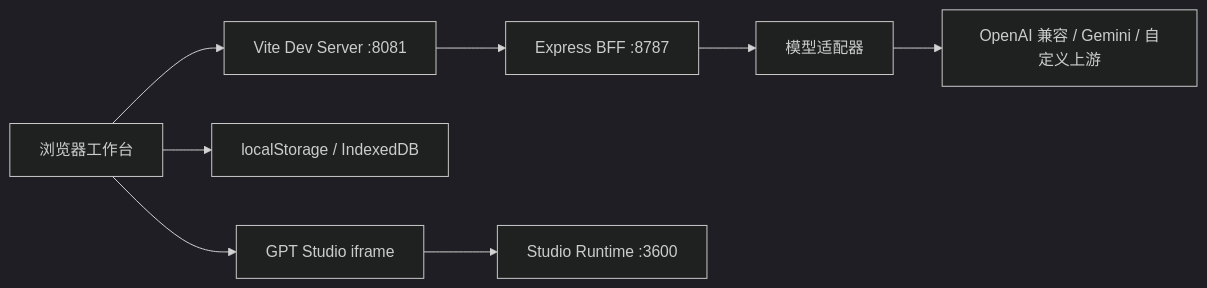
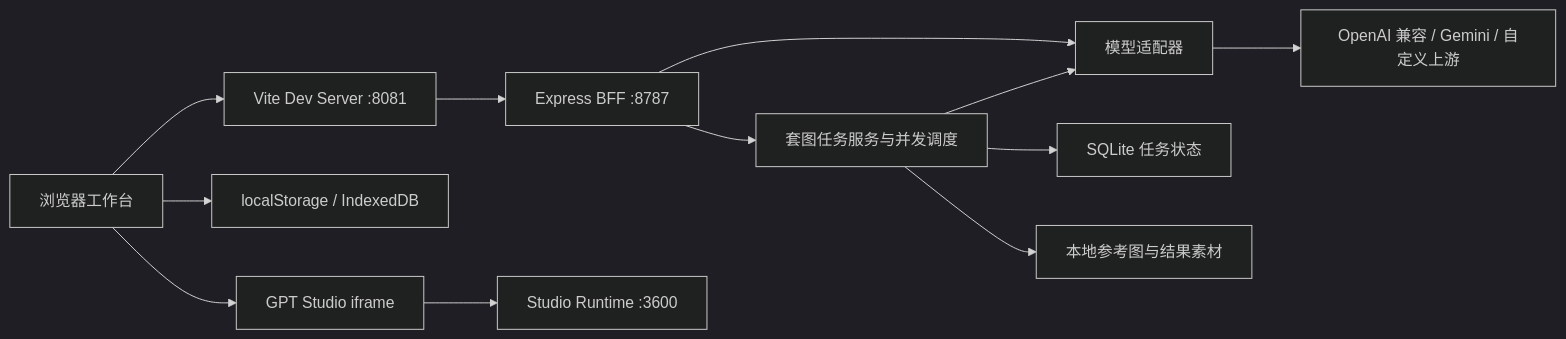
Before and after one commit to githubshansheng/api2img: the diagram in README.md, drawn with Mermaid (dark theme). The commit also changed other lines of this file and 26 other files, not shown here.

````diff
--- a/README.md
+++ b/README.md
@@ -112,10 +159,14 @@
 ```mermaid
 flowchart LR
   Browser["浏览器工作台"] --> Vite["Vite Dev Server :8081"]
   Vite --> BFF["Express BFF :8787"]
   Browser --> LocalStore["localStorage / IndexedDB"]
   BFF --> Adapter["模型适配器"]
   Adapter --> Upstream["OpenAI 兼容 / Gemini / 自定义上游"]
+  BFF --> SuiteService["套图任务服务与并发调度"]
+  SuiteService --> Adapter
+  SuiteService --> SQLite["SQLite 任务状态"]
+  SuiteService --> Assets["本地参考图与结果素材"]
   Browser --> StudioFrame["GPT Studio iframe"]
   StudioFrame --> StudioServer["Studio Runtime :3600"]
 ```
````
